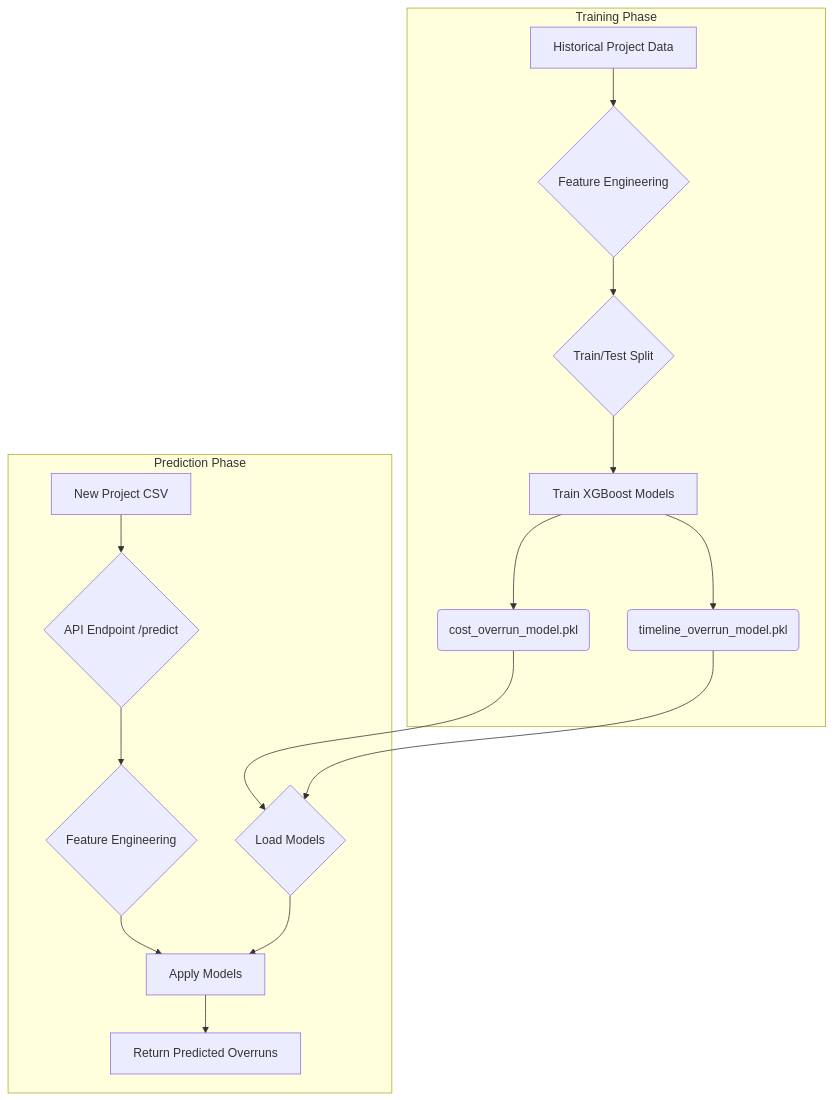
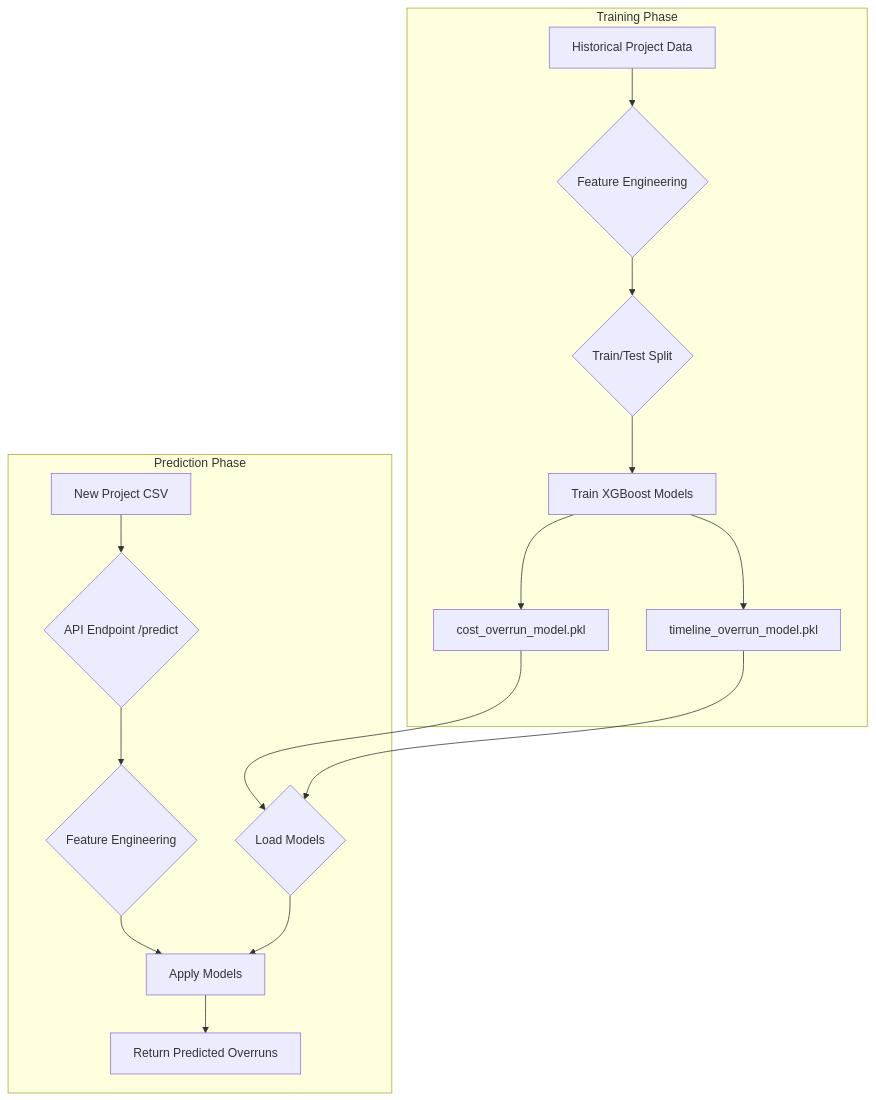
The third of 3 diagrams in hackathon_report.md (Parthita/powergrid_ml_sih), drawn with Mermaid before and after one commit. The commit also changed other lines of this file, not shown here.

````diff
--- a/hackathon_report.md
+++ b/hackathon_report.md
@@ -77,20 +77,20 @@
 ```mermaid
 graph TD
     subgraph Training Phase
-        A[Historical Project Data] --> B{Feature Engineering};
-        B --> C{Train/Test Split};
-        C --> D[Train XGBoost Models];
-        D --> E(cost_overrun_model.pkl);
-        D --> F(timeline_overrun_model.pkl);
+        A["Historical Project Data"] --> B{"Feature Engineering"};
+        B --> C{"Train/Test Split"};
+        C --> D["Train XGBoost Models"];
+        D --> E["cost_overrun_model.pkl"];
+        D --> F["timeline_overrun_model.pkl"];
     end
 
     subgraph Prediction Phase
-        G[New Project CSV] --> H{API Endpoint /predict};
-        H --> I{Feature Engineering};
-        E --> J{Load Models};
+        G["New Project CSV"] --> H{"API Endpoint /predict"};
+        H --> I{"Feature Engineering"};
+        E --> J{"Load Models"};
         F --> J;
-        I --> K[Apply Models];
+        I --> K["Apply Models"];
         J --> K;
-        K --> L[Return Predicted Overruns];
+        K --> L["Return Predicted Overruns"];
     end
 ```
````
